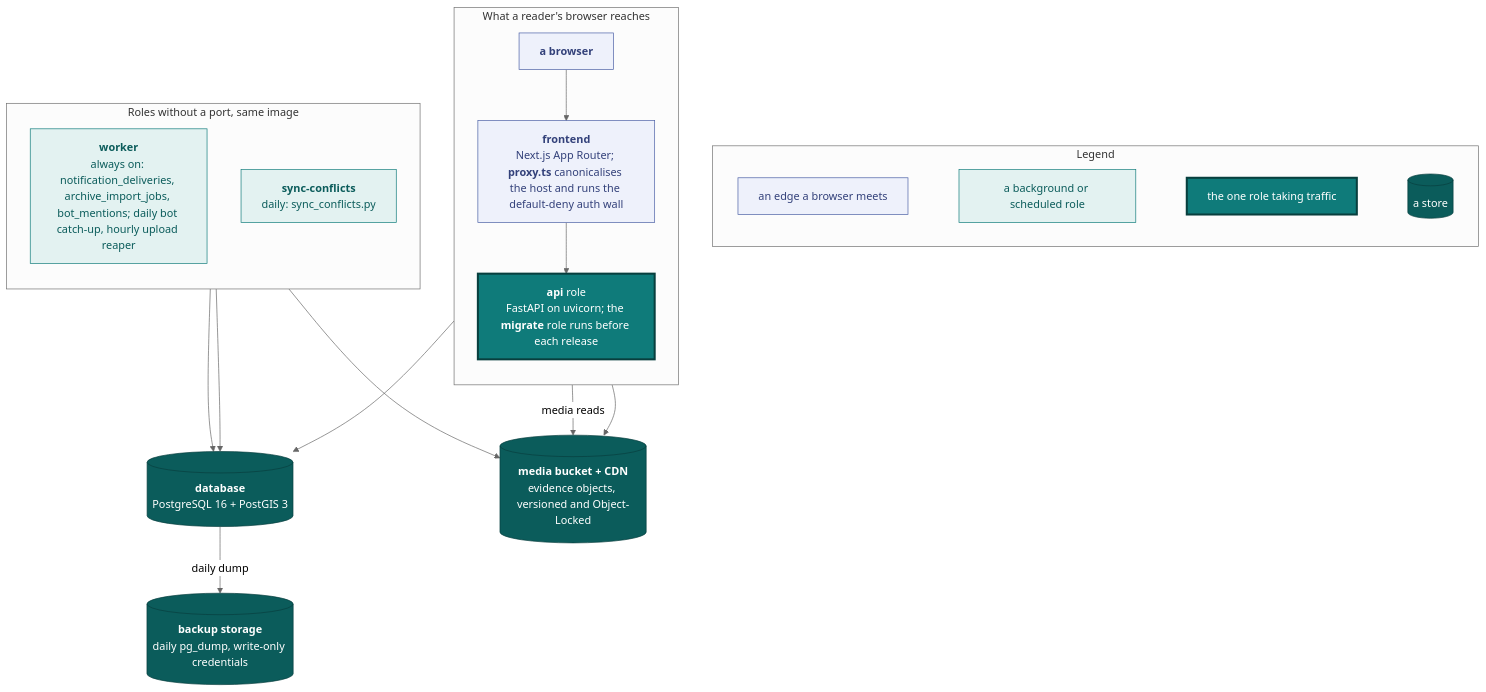
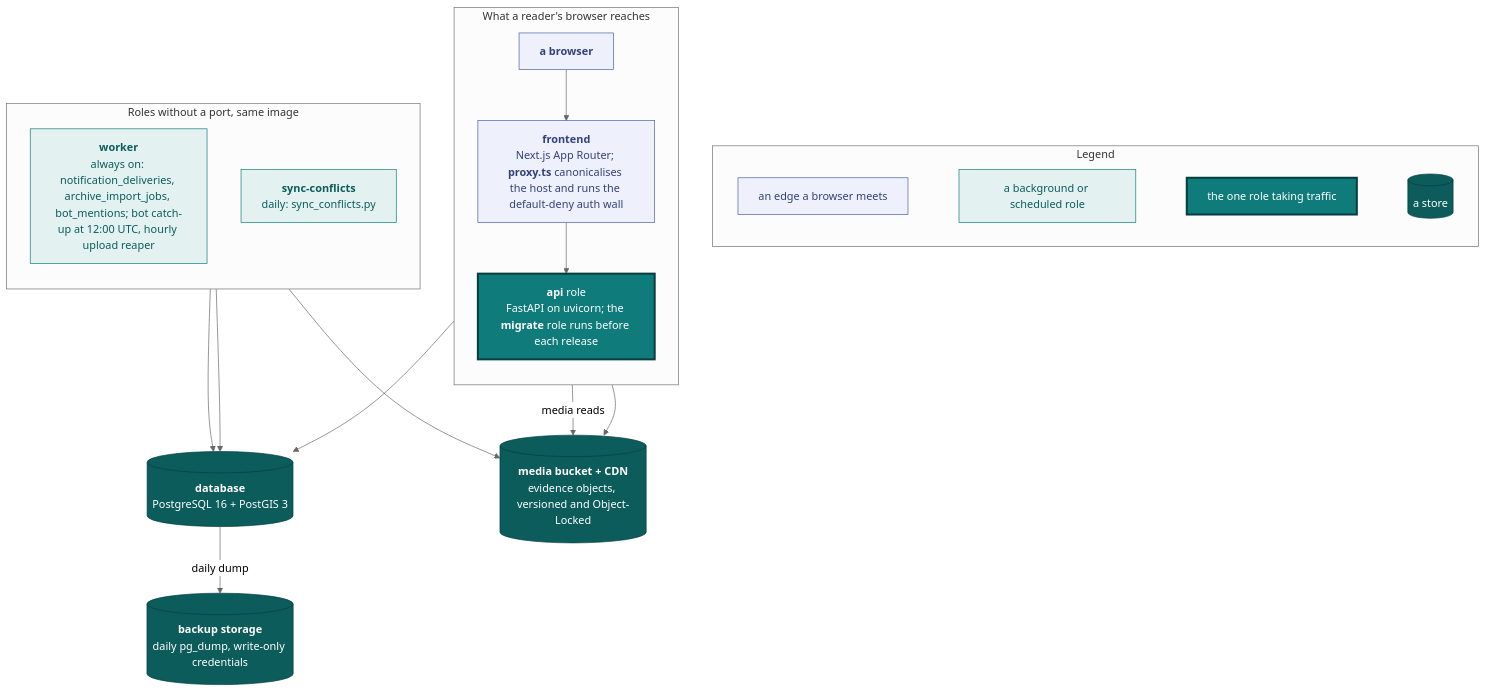
Before and after one commit to vidithq/vidit: the first of 6 diagrams in docs/engineering.md, drawn with Mermaid (neutral theme). The commit also changed other lines of this file and 10 other files, not shown here.

First line of the commit message:
fix(bot): run the mentions catch-up at 12:00 UTC

````diff
--- a/docs/engineering.md
+++ b/docs/engineering.md
@@ -5,49 +5,49 @@
 ```mermaid
 flowchart TB
   classDef spec fill:#eef1fb,stroke:#4a5fa5,color:#33417a
   classDef shared fill:#e3f2f1,stroke:#0f7b7a,color:#0b5c5b
   classDef core fill:#0f7b7a,stroke:#083f3e,stroke-width:3px,color:#ffffff
   classDef store fill:#0b5c5b,stroke:#083f3e,color:#ffffff
 
   subgraph legend [Legend]
     direction LR
     l1["`an edge a browser meets`"]:::spec
     l2["`a background or scheduled role`"]:::shared
     l3["`the one role taking traffic`"]:::core
     l4[("`a store`")]:::store
     l1 ~~~ l2 ~~~ l3 ~~~ l4
   end
 
   subgraph traffic [What a reader's browser reaches]
     direction TB
     reader["`**a browser**`"]:::spec
     front["`**frontend**
     Next.js App Router; **proxy.ts** canonicalises the host and runs the default-deny auth wall`"]:::spec
     api["`**api** role
     FastAPI on uvicorn; the **migrate** role runs before each release`"]:::core
     reader --> front --> api
   end
 
   subgraph sched [Roles without a port, same image]
     direction TB
     worker["`**worker**
-    always on: notification_deliveries, archive_import_jobs, bot_mentions; daily bot catch-up, hourly upload reaper`"]:::shared
+    always on: notification_deliveries, archive_import_jobs, bot_mentions; bot catch-up at 12:00 UTC, hourly upload reaper`"]:::shared
     conf["`**sync-conflicts**
     daily: sync_conflicts.py`"]:::shared
   end
 
   db[("`**database**
   PostgreSQL 16 + PostGIS 3`")]:::store
   s3[("`**media bucket + CDN**
   evidence objects, versioned and Object-Locked`")]:::store
   bak[("`**backup storage**
   daily pg_dump, write-only credentials`")]:::store
 
   reader -- "media reads" --> s3
   api --> db
   api --> s3
   worker --> db
   conf --> db
   worker --> s3
   db -- "daily dump" --> bak
 ```
````
